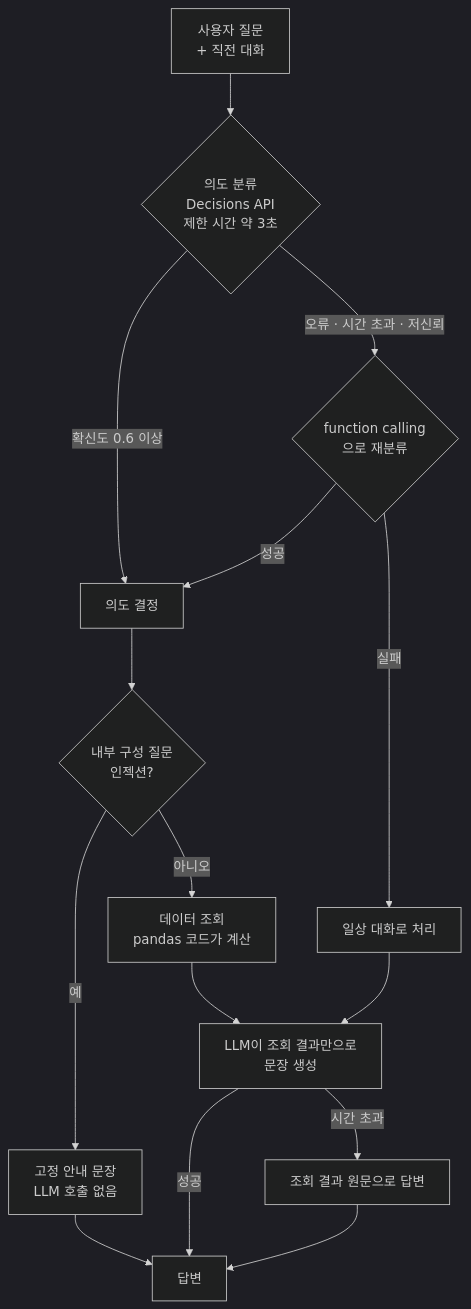
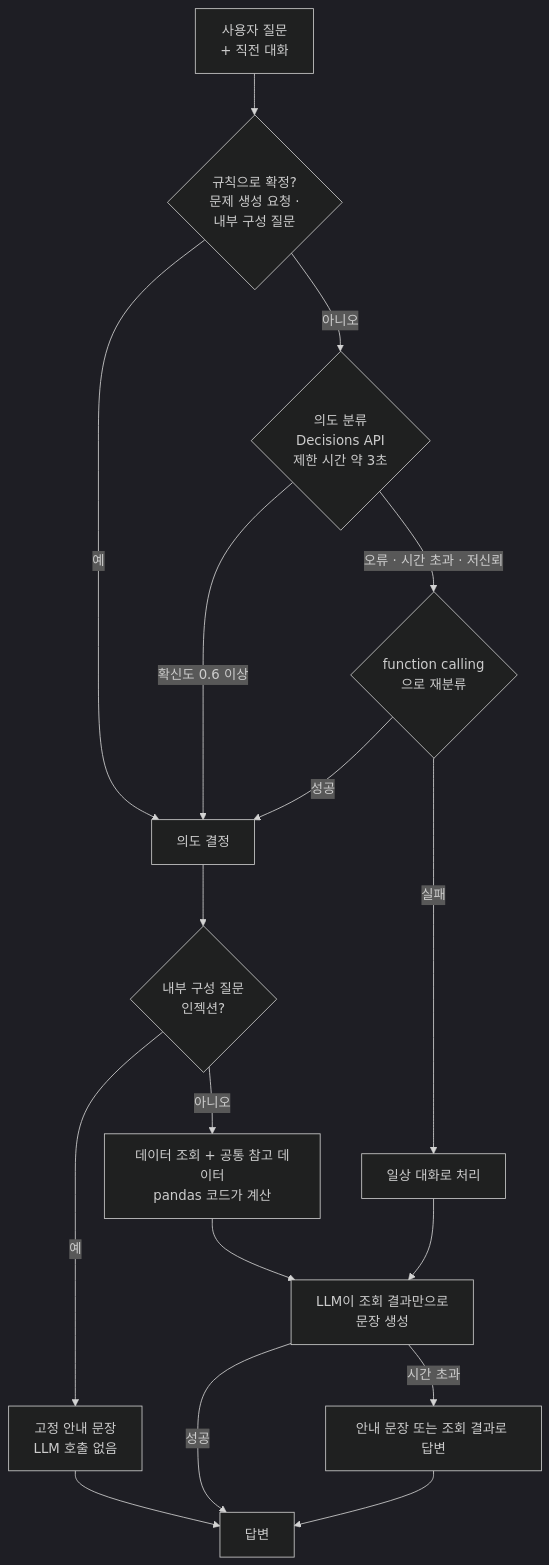
The second of 2 diagrams in README.md (Nonmaju/omr-grading-agent), drawn with Mermaid (dark theme) before and after one commit. The commit also changed other lines of this file, not shown here.

Commit message:
docs(readme): 챗봇 흐름도를 규칙 라우팅·공통 참고 데이터 구조에 맞게 갱신
판단 이유:
- 리뷰 반영으로 분류 순서가 "규칙 → Decisions → function calling"으로, 답변 입력이 "조회 결과 + 공통 참고 데이터"로 바뀌어
  README의 도식·설명이 코드와 어긋나게 됐다. 도식과 "분류기가 바뀌어도 안전하게", "복합·변형 질문 대응" 설명을 갱신했다.
- 갱신한 mermaid 도식은 문법 검증(parse)을 통과했다.

````diff
--- a/README.md
+++ b/README.md
@@ -59,17 +59,19 @@
 ```mermaid
 flowchart TD
-    U[사용자 질문<br/>+ 직전 대화] --> D{의도 분류<br/>Decisions API<br/>제한 시간 약 3초}
-    D -- 확신도 0.6 이상 --> R[의도 결정]
+    U[사용자 질문<br/>+ 직전 대화] --> RU{규칙으로 확정?<br/>문제 생성 요청 ·<br/>내부 구성 질문}
+    RU -- 예 --> R[의도 결정]
+    RU -- 아니오 --> D{의도 분류<br/>Decisions API<br/>제한 시간 약 3초}
+    D -- 확신도 0.6 이상 --> R
     D -- 오류 · 시간 초과 · 저신뢰 --> F{function calling<br/>으로 재분류}
     F -- 성공 --> R
     F -- 실패 --> CC[일상 대화로 처리]
     R --> M{내부 구성 질문<br/>인젝션?}
     CC --> L
     M -- 예 --> S[고정 안내 문장<br/>LLM 호출 없음]
-    M -- 아니오 --> T[데이터 조회<br/>pandas 코드가 계산]
+    M -- 아니오 --> T[데이터 조회 + 공통 참고 데이터<br/>pandas 코드가 계산]
     T --> L[LLM이 조회 결과만으로<br/>문장 생성]
     L -- 성공 --> A[답변]
-    L -- 시간 초과 --> TF[조회 결과 원문으로 답변]
+    L -- 시간 초과 --> TF[안내 문장 또는 조회 결과로 답변]
     S --> A
     TF --> A
 ```
````
